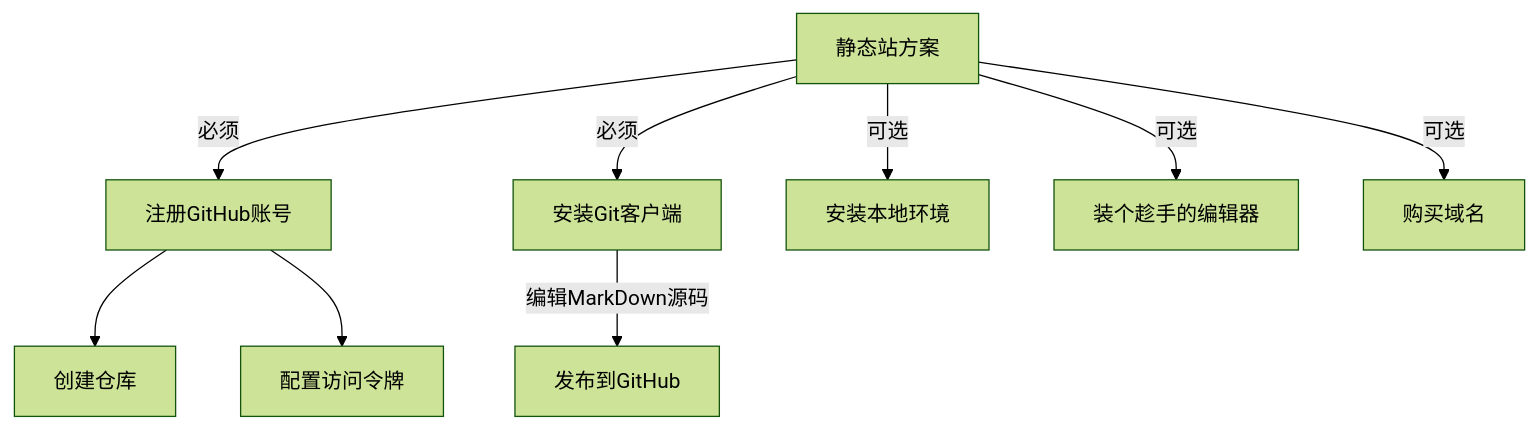
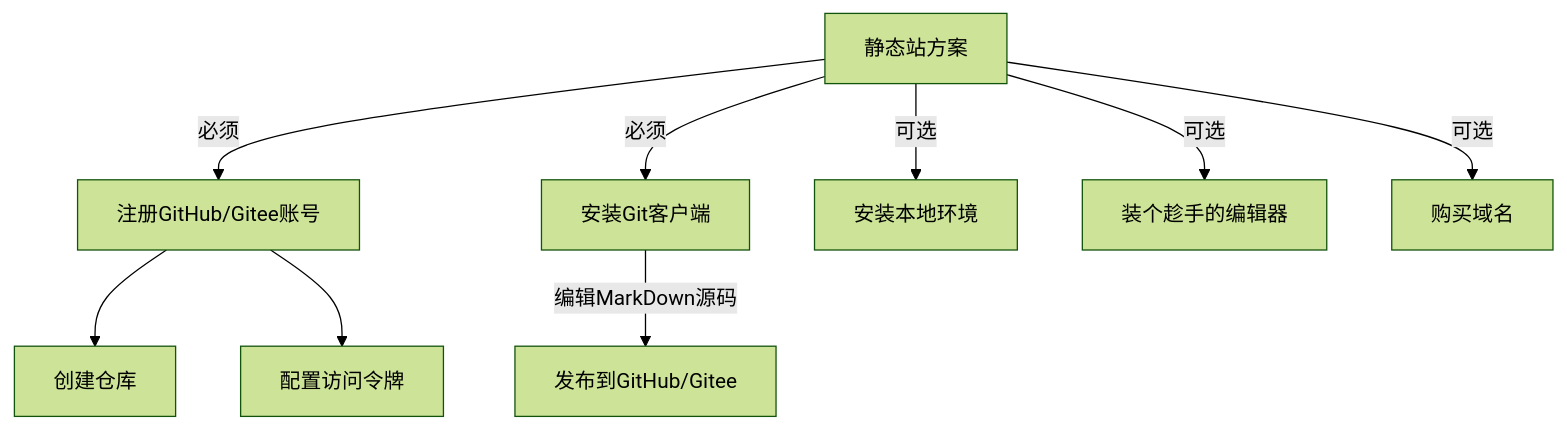
One commit to 828767/action-hexo changed the third of 4 diagrams in source/_posts/guide/how-to-build-site-2.md. Above: the diagram before and after it, drawn with Mermaid (forest theme). The commit also changed other lines of this file and 2 other files, not shown here.

````diff
--- a/source/_posts/guide/how-to-build-site-2.md
+++ b/source/_posts/guide/how-to-build-site-2.md
@@ -40,8 +40,8 @@
 ```mermaid
 flowchart TB;
-静态站方案 --必须--> 注册GitHub账号 & 安装Git客户端
-注册GitHub账号 --> 创建仓库 & 配置访问令牌
-安装Git客户端 --编辑MarkDown源码--> 发布到GitHub
+静态站方案 --必须--> 注册GitHub/Gitee账号 & 安装Git客户端
+注册GitHub/Gitee账号 --> 创建仓库 & 配置访问令牌
+安装Git客户端 --编辑MarkDown源码--> 发布到GitHub/Gitee
 静态站方案 --可选--> 安装本地环境 & 装个趁手的编辑器 & 购买域名
 装个趁手的编辑器
 ```
````
